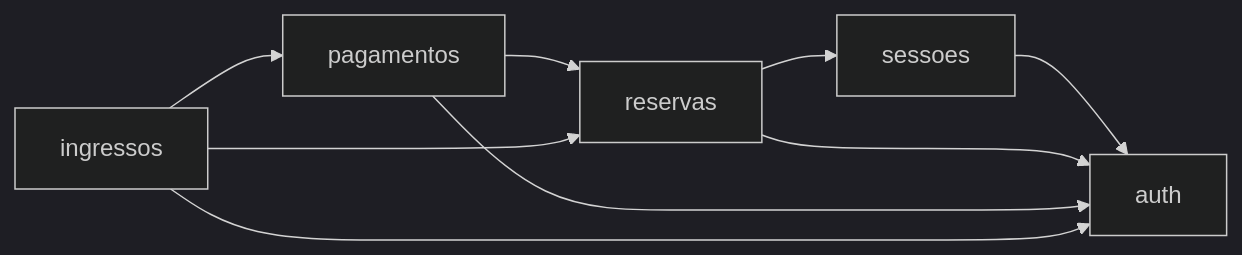
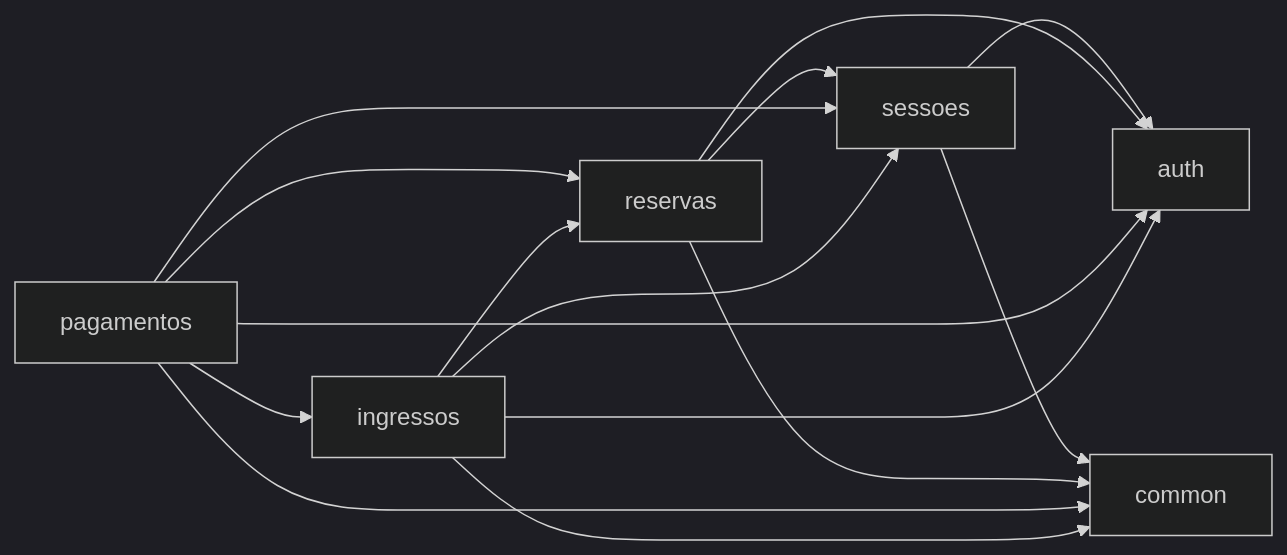
The first of 3 diagrams in _bmad-output/planning-artifacts/architecture/architecture-rolo35-2026-08-10/ARCHITECTURE-SPINE.md (0Perera/rolo35), drawn with Mermaid (dark theme) before and after one commit. The commit also changed other lines of this file and 3 other files, not shown here.

````diff
--- a/_bmad-output/planning-artifacts/architecture/architecture-rolo35-2026-08-10/ARCHITECTURE-SPINE.md
+++ b/_bmad-output/planning-artifacts/architecture/architecture-rolo35-2026-08-10/ARCHITECTURE-SPINE.md
@@ -28,11 +28,17 @@
 ```mermaid
 graph LR
   sessoes --> auth
+  sessoes --> common
   reservas --> auth
+  reservas --> common
   reservas --> sessoes
   pagamentos --> auth
+  pagamentos --> common
   pagamentos --> reservas
+  pagamentos --> sessoes
+  pagamentos --> ingressos
   ingressos --> auth
+  ingressos --> common
   ingressos --> reservas
-  ingressos --> pagamentos
+  ingressos --> sessoes
 ```
````
